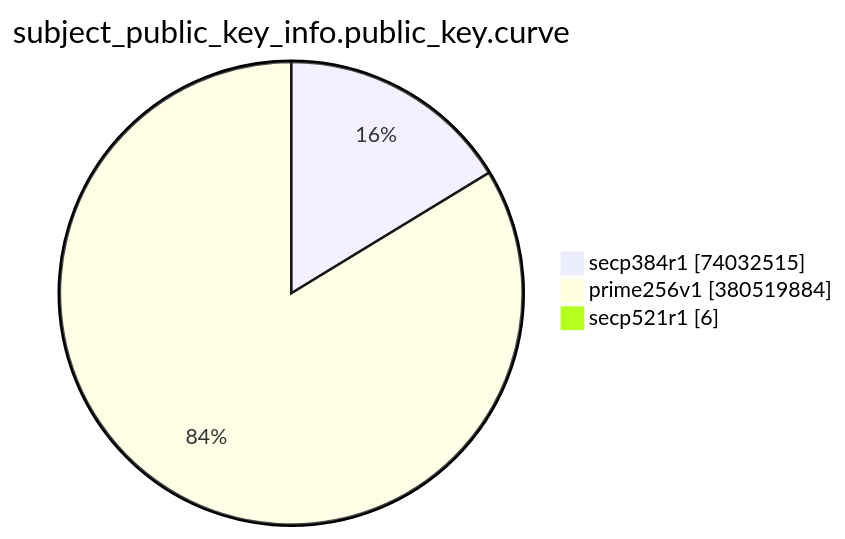
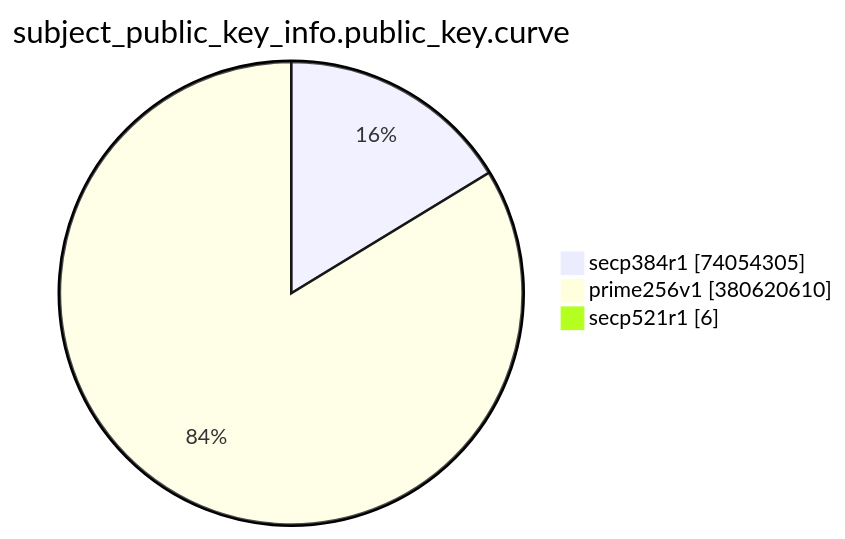
Before and after one commit to christiankrug/ctmonitor_visualization: the eighth of 15 diagrams in TOTAL/README.md, drawn with Mermaid. The commit also changed other lines of this file, not shown here.

````diff
--- a/TOTAL/README.md
+++ b/TOTAL/README.md
@@ -3094,7 +3094,7 @@
 ```mermaid
 pie showData
 title subject_public_key_info.public_key.curve
-"secp384r1" :74032515
-"prime256v1" :380519884
+"secp384r1" :74054305
+"prime256v1" :380620610
 "secp521r1" :6
 ```
````
